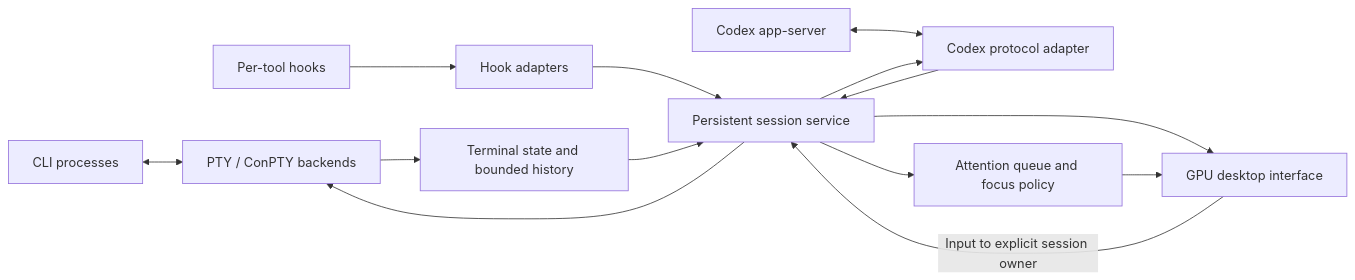
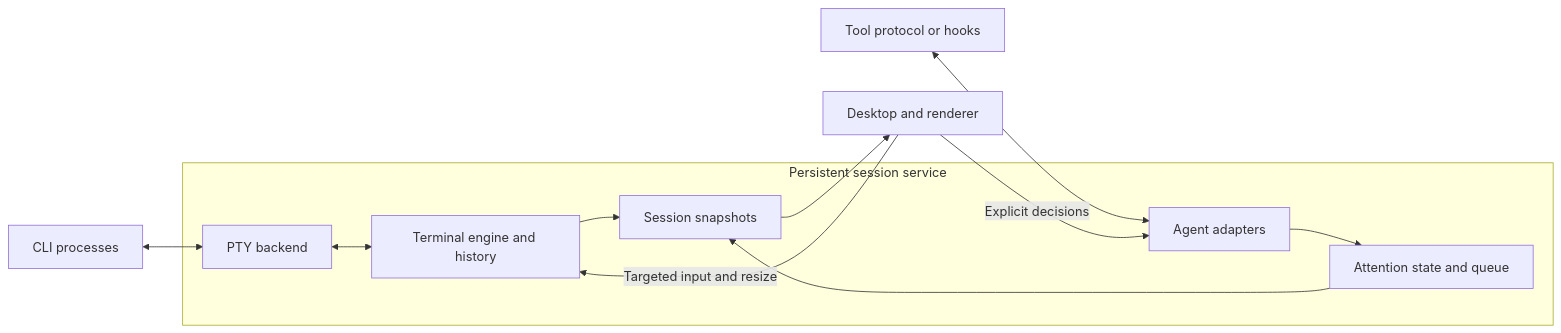
The diagram in docs/architecture.md (RESMP-DEV/lapis), drawn with Mermaid before and after one commit. The commit also changed other lines of this file and 35 other files, not shown here.

Commit message:
Establish terminal-engine checkpoint and contributor workflow

````diff
--- a/docs/architecture.md
+++ b/docs/architecture.md
@@ -10,16 +49,14 @@
 ```mermaid
 flowchart LR
-    CLI[CLI processes] <--> PTY[PTY / ConPTY backends]
-    Codex[Codex app-server] <--> RPC[Codex protocol adapter]
-    Hooks[Per-tool hooks] --> Adapters[Hook adapters]
-    PTY --> Terminal[Terminal state and bounded history]
-    RPC --> Sessions[Persistent session service]
-    Adapters --> Sessions
-    Terminal --> Sessions
-    Sessions --> Policy[Attention queue and focus policy]
-    Sessions --> View[GPU desktop interface]
-    Policy --> View
-    View -->|Input to explicit session owner| Sessions
-    Sessions --> PTY
-    Sessions --> RPC
+    CLI[CLI processes] <--> PTY[PTY backend]
+    subgraph Service[Persistent session service]
+        PTY <--> Engine[Terminal engine and history]
+        Agent[Agent adapters] --> Attention[Attention state and queue]
+        Engine --> State[Session snapshots]
+        Attention --> State
+    end
+    Tool[Tool protocol or hooks] <--> Agent
+    State --> Desktop[Desktop and renderer]
+    Desktop -->|Targeted input and resize| Engine
+    Desktop -->|Explicit decisions| Agent
 ```
````
